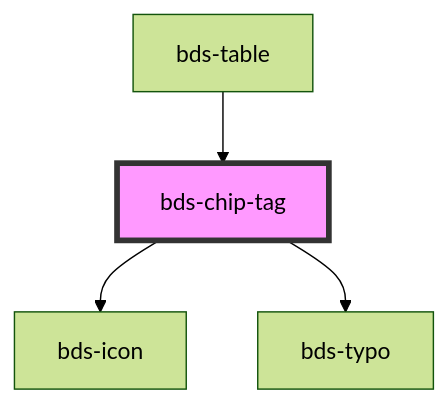
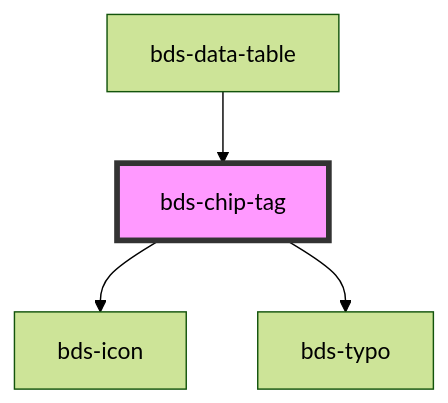
Before and after one commit to takenet/blip-ds: the diagram in src/components/chip-tag/readme.md, drawn with Mermaid (forest theme). The commit also changed other lines of this file and 28 other files, not shown here.

Commit message:
feat(table): added new table data and custom table

````diff
--- a/src/components/chip-tag/readme.md
+++ b/src/components/chip-tag/readme.md
@@ -29,7 +29,7 @@
 ```mermaid
 graph TD;
   bds-chip-tag --> bds-icon
   bds-chip-tag --> bds-typo
-  bds-table --> bds-chip-tag
+  bds-data-table --> bds-chip-tag
   style bds-chip-tag fill:#f9f,stroke:#333,stroke-width:4px
 ```
````
